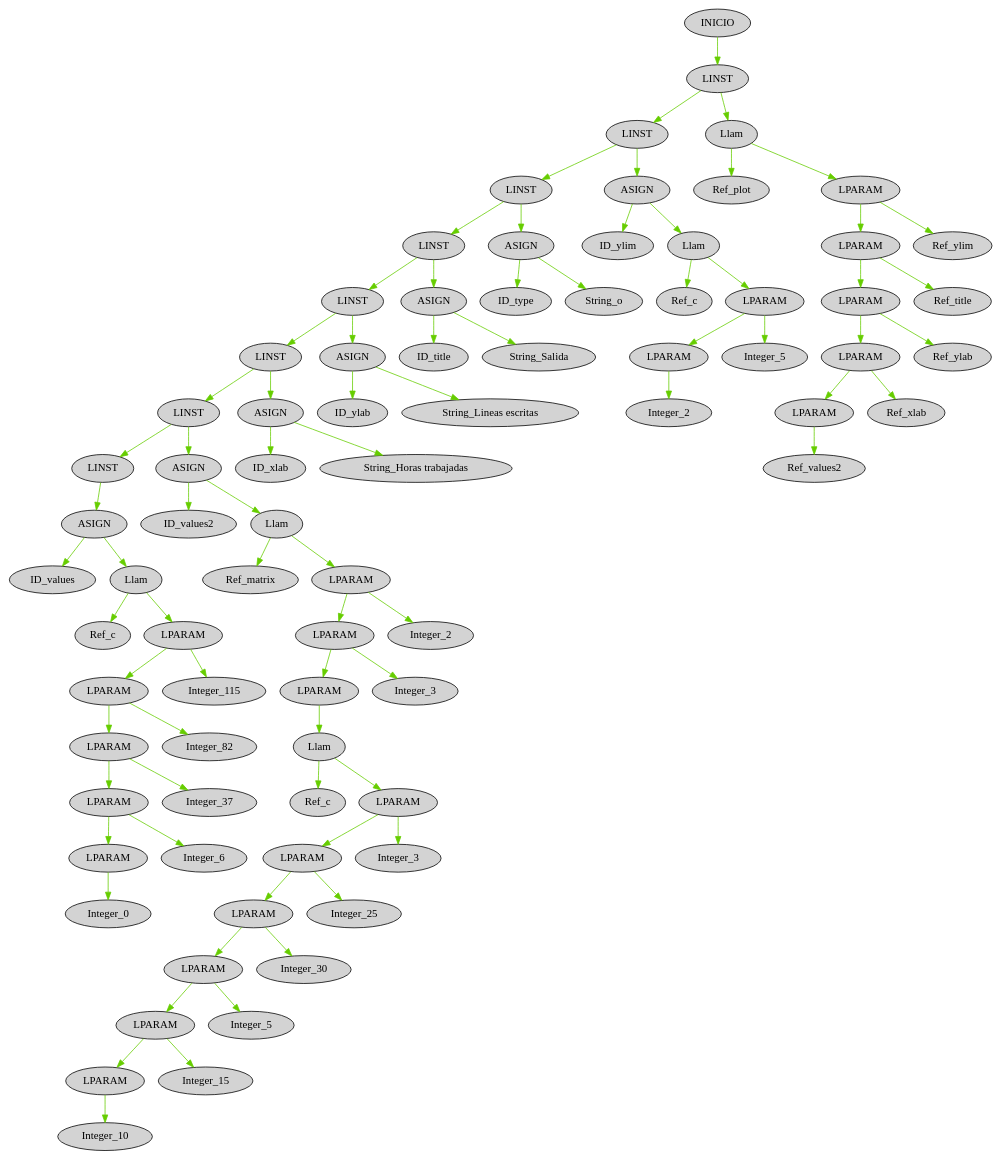
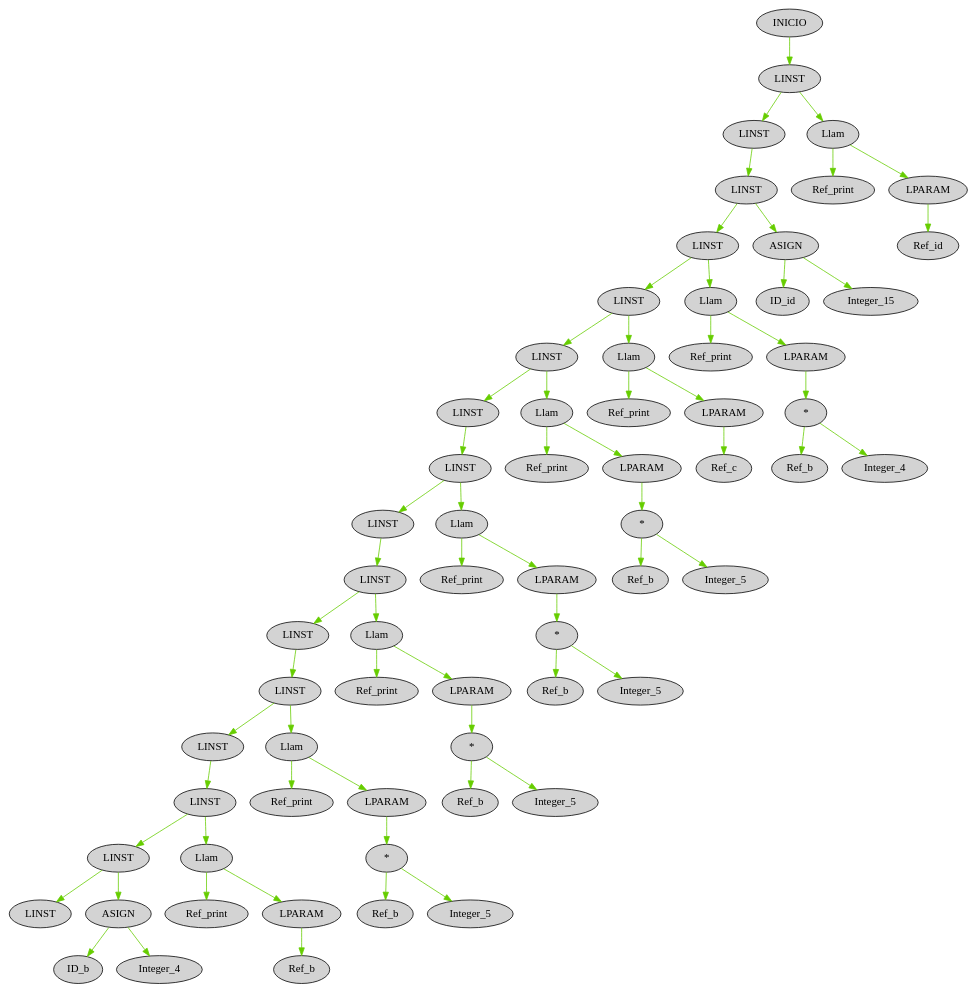
One commit to ElmerAlay/OLC21P2020 changed the diagram in OLC2P12020/AST_proyecto.dot. Above: the diagram before and after it, drawn with Graphviz. The commit also changed 84 other files, not shown here.

```diff
--- a/OLC2P12020/AST_proyecto.dot
+++ b/OLC2P12020/AST_proyecto.dot
@@ -1,235 +1,196 @@
 digraph G { node[shape=oval, style=filled, collor=coral]; edge[color=chartreuse3]; rankdir=UD 
 
-"155" [label="INICIO"]
-"154" [label="LINST"]
-"155" -> "154"
-"154" [label="LINST"]
-"141" [label="LINST"]
-"154" -> "141"
-"141" [label="LINST"]
-"132" [label="LINST"]
-"141" -> "132"
-"132" [label="LINST"]
-"128" [label="LINST"]
-"132" -> "128"
-"128" [label="LINST"]
-"124" [label="LINST"]
-"128" -> "124"
-"124" [label="LINST"]
-"120" [label="LINST"]
-"124" -> "120"
-"120" [label="LINST"]
-"116" [label="LINST"]
-"120" -> "116"
-"116" [label="LINST"]
-"92" [label="LINST"]
-"116" -> "92"
-"92" [label="LINST"]
-"91" [label="ASIGN"]
-"92" -> "91"
-"91" [label="ASIGN"]
-"90" [label="ID_values"]
-"91" -> "90"
-"91" [label="ASIGN"]
-"89" [label="Llam"]
-"91" -> "89"
-"89" [label="Llam"]
-"88" [label="Ref_c"]
-"89" -> "88"
-"89" [label="Llam"]
-"87" [label="LPARAM"]
-"89" -> "87"
-"87" [label="LPARAM"]
-"85" [label="LPARAM"]
-"87" -> "85"
-"85" [label="LPARAM"]
-"83" [label="LPARAM"]
-"85" -> "83"
-"83" [label="LPARAM"]
-"81" [label="LPARAM"]
-"83" -> "81"
-"81" [label="LPARAM"]
-"79" [label="LPARAM"]
-"81" -> "79"
-"79" [label="LPARAM"]
-"78" [label="Integer_0"]
-"79" -> "78"
-"81" [label="LPARAM"]
-"80" [label="Integer_6"]
-"81" -> "80"
-"83" [label="LPARAM"]
-"82" [label="Integer_37"]
-"83" -> "82"
-"85" [label="LPARAM"]
-"84" [label="Integer_82"]
-"85" -> "84"
-"87" [label="LPARAM"]
-"86" [label="Integer_115"]
-"87" -> "86"
-"116" [label="LINST"]
-"115" [label="ASIGN"]
-"116" -> "115"
-"115" [label="ASIGN"]
-"114" [label="ID_values2"]
-"115" -> "114"
-"115" [label="ASIGN"]
-"113" [label="Llam"]
-"115" -> "113"
-"113" [label="Llam"]
-"112" [label="Ref_matrix"]
-"113" -> "112"
-"113" [label="Llam"]
-"111" [label="LPARAM"]
-"113" -> "111"
-"111" [label="LPARAM"]
-"109" [label="LPARAM"]
-"111" -> "109"
-"109" [label="LPARAM"]
-"107" [label="LPARAM"]
-"109" -> "107"
-"107" [label="LPARAM"]
-"106" [label="Llam"]
-"107" -> "106"
-"106" [label="Llam"]
-"105" [label="Ref_c"]
-"106" -> "105"
-"106" [label="Llam"]
-"104" [label="LPARAM"]
-"106" -> "104"
-"104" [label="LPARAM"]
-"102" [label="LPARAM"]
-"104" -> "102"
-"102" [label="LPARAM"]
-"100" [label="LPARAM"]
-"102" -> "100"
-"100" [label="LPARAM"]
-"98" [label="LPARAM"]
-"100" -> "98"
-"98" [label="LPARAM"]
-"96" [label="LPARAM"]
-"98" -> "96"
-"96" [label="LPARAM"]
-"94" [label="LPARAM"]
-"96" -> "94"
-"94" [label="LPARAM"]
-"93" [label="Integer_10"]
-"94" -> "93"
-"96" [label="LPARAM"]
-"95" [label="Integer_15"]
-"96" -> "95"
-"98" [label="LPARAM"]
-"97" [label="Integer_5"]
-"98" -> "97"
-"100" [label="LPARAM"]
-"99" [label="Integer_30"]
-"100" -> "99"
-"102" [label="LPARAM"]
-"101" [label="Integer_25"]
-"102" -> "101"
-"104" [label="LPARAM"]
-"103" [label="Integer_3"]
-"104" -> "103"
-"109" [label="LPARAM"]
-"108" [label="Integer_3"]
-"109" -> "108"
-"111" [label="LPARAM"]
-"110" [label="Integer_2"]
-"111" -> "110"
-"120" [label="LINST"]
-"119" [label="ASIGN"]
-"120" -> "119"
-"119" [label="ASIGN"]
-"118" [label="ID_xlab"]
-"119" -> "118"
-"119" [label="ASIGN"]
-"117" [label="String_Horas trabajadas"]
-"119" -> "117"
-"124" [label="LINST"]
-"123" [label="ASIGN"]
-"124" -> "123"
-"123" [label="ASIGN"]
-"122" [label="ID_ylab"]
-"123" -> "122"
-"123" [label="ASIGN"]
-"121" [label="String_Lineas escritas"]
-"123" -> "121"
-"128" [label="LINST"]
-"127" [label="ASIGN"]
-"128" -> "127"
-"127" [label="ASIGN"]
-"126" [label="ID_title"]
-"127" -> "126"
-"127" [label="ASIGN"]
-"125" [label="String_Salida"]
-"127" -> "125"
-"132" [label="LINST"]
-"131" [label="ASIGN"]
-"132" -> "131"
-"131" [label="ASIGN"]
-"130" [label="ID_type"]
-"131" -> "130"
-"131" [label="ASIGN"]
-"129" [label="String_o"]
-"131" -> "129"
-"141" [label="LINST"]
-"140" [label="ASIGN"]
-"141" -> "140"
-"140" [label="ASIGN"]
-"139" [label="ID_ylim"]
-"140" -> "139"
-"140" [label="ASIGN"]
-"138" [label="Llam"]
-"140" -> "138"
-"138" [label="Llam"]
-"137" [label="Ref_c"]
-"138" -> "137"
-"138" [label="Llam"]
-"136" [label="LPARAM"]
-"138" -> "136"
-"136" [label="LPARAM"]
-"134" [label="LPARAM"]
-"136" -> "134"
-"134" [label="LPARAM"]
-"133" [label="Integer_2"]
-"134" -> "133"
-"136" [label="LPARAM"]
-"135" [label="Integer_5"]
-"136" -> "135"
-"154" [label="LINST"]
-"153" [label="Llam"]
-"154" -> "153"
-"153" [label="Llam"]
-"152" [label="Ref_plot"]
-"153" -> "152"
-"153" [label="Llam"]
-"151" [label="LPARAM"]
-"153" -> "151"
-"151" [label="LPARAM"]
-"149" [label="LPARAM"]
-"151" -> "149"
-"149" [label="LPARAM"]
-"147" [label="LPARAM"]
-"149" -> "147"
-"147" [label="LPARAM"]
-"145" [label="LPARAM"]
-"147" -> "145"
-"145" [label="LPARAM"]
-"143" [label="LPARAM"]
-"145" -> "143"
-"143" [label="LPARAM"]
-"142" [label="Ref_values2"]
-"143" -> "142"
-"145" [label="LPARAM"]
-"144" [label="Ref_xlab"]
-"145" -> "144"
-"147" [label="LPARAM"]
-"146" [label="Ref_ylab"]
-"147" -> "146"
-"149" [label="LPARAM"]
-"148" [label="Ref_title"]
-"149" -> "148"
-"151" [label="LPARAM"]
-"150" [label="Ref_ylim"]
-"151" -> "150"
+"4155" [label="INICIO"]
+"4154" [label="LINST"]
+"4155" -> "4154"
+"4154" [label="LINST"]
+"4149" [label="LINST"]
+"4154" -> "4149"
+"4149" [label="LINST"]
+"4147" [label="LINST"]
+"4149" -> "4147"
+"4147" [label="LINST"]
+"4143" [label="LINST"]
+"4147" -> "4143"
+"4143" [label="LINST"]
+"4136" [label="LINST"]
+"4143" -> "4136"
+"4136" [label="LINST"]
+"4131" [label="LINST"]
+"4136" -> "4131"
+"4131" [label="LINST"]
+"4124" [label="LINST"]
+"4131" -> "4124"
+"4124" [label="LINST"]
+"4122" [label="LINST"]
+"4124" -> "4122"
+"4122" [label="LINST"]
+"4115" [label="LINST"]
+"4122" -> "4115"
+"4115" [label="LINST"]
+"4113" [label="LINST"]
+"4115" -> "4113"
+"4113" [label="LINST"]
+"4106" [label="LINST"]
+"4113" -> "4106"
+"4106" [label="LINST"]
+"4104" [label="LINST"]
+"4106" -> "4104"
+"4104" [label="LINST"]
+"4097" [label="LINST"]
+"4104" -> "4097"
+"4097" [label="LINST"]
+"4095" [label="LINST"]
+"4097" -> "4095"
+"4095" [label="LINST"]
+"4090" [label="LINST"]
+"4095" -> "4090"
+"4090" [label="LINST"]
+"4086" [label="LINST"]
+"4090" -> "4086"
+"4090" [label="LINST"]
+"4089" [label="ASIGN"]
+"4090" -> "4089"
+"4089" [label="ASIGN"]
+"4088" [label="ID_b"]
+"4089" -> "4088"
+"4089" [label="ASIGN"]
+"4087" [label="Integer_4"]
+"4089" -> "4087"
+"4095" [label="LINST"]
+"4094" [label="Llam"]
+"4095" -> "4094"
+"4094" [label="Llam"]
+"4093" [label="Ref_print"]
+"4094" -> "4093"
+"4094" [label="Llam"]
+"4092" [label="LPARAM"]
+"4094" -> "4092"
+"4092" [label="LPARAM"]
+"4091" [label="Ref_b"]
+"4092" -> "4091"
+"4104" [label="LINST"]
+"4103" [label="Llam"]
+"4104" -> "4103"
+"4103" [label="Llam"]
+"4102" [label="Ref_print"]
+"4103" -> "4102"
+"4103" [label="Llam"]
+"4101" [label="LPARAM"]
+"4103" -> "4101"
+"4101" [label="LPARAM"]
+"4100" [label="*"]
+"4101" -> "4100"
+"4100" [label="*"]
+"4098" [label="Ref_b"]
+"4100" -> "4098"
+"4100" [label="*"]
+"4099" [label="Integer_5"]
+"4100" -> "4099"
+"4113" [label="LINST"]
+"4112" [label="Llam"]
+"4113" -> "4112"
+"4112" [label="Llam"]
+"4111" [label="Ref_print"]
+"4112" -> "4111"
+"4112" [label="Llam"]
+"4110" [label="LPARAM"]
+"4112" -> "4110"
+"4110" [label="LPARAM"]
+"4109" [label="*"]
+"4110" -> "4109"
+"4109" [label="*"]
+"4107" [label="Ref_b"]
+"4109" -> "4107"
+"4109" [label="*"]
+"4108" [label="Integer_5"]
+"4109" -> "4108"
+"4122" [label="LINST"]
+"4121" [label="Llam"]
+"4122" -> "4121"
+"4121" [label="Llam"]
+"4120" [label="Ref_print"]
+"4121" -> "4120"
+"4121" [label="Llam"]
+"4119" [label="LPARAM"]
+"4121" -> "4119"
+"4119" [label="LPARAM"]
+"4118" [label="*"]
+"4119" -> "4118"
+"4118" [label="*"]
+"4116" [label="Ref_b"]
+"4118" -> "4116"
+"4118" [label="*"]
+"4117" [label="Integer_5"]
+"4118" -> "4117"
+"4131" [label="LINST"]
+"4130" [label="Llam"]
+"4131" -> "4130"
+"4130" [label="Llam"]
+"4129" [label="Ref_print"]
+"4130" -> "4129"
+"4130" [label="Llam"]
+"4128" [label="LPARAM"]
+"4130" -> "4128"
+"4128" [label="LPARAM"]
+"4127" [label="*"]
+"4128" -> "4127"
+"4127" [label="*"]
+"4125" [label="Ref_b"]
+"4127" -> "4125"
+"4127" [label="*"]
+"4126" [label="Integer_5"]
+"4127" -> "4126"
+"4136" [label="LINST"]
+"4135" [label="Llam"]
+"4136" -> "4135"
+"4135" [label="Llam"]
+"4134" [label="Ref_print"]
+"4135" -> "4134"
+"4135" [label="Llam"]
+"4133" [label="LPARAM"]
+"4135" -> "4133"
+"4133" [label="LPARAM"]
+"4132" [label="Ref_c"]
+"4133" -> "4132"
+"4143" [label="LINST"]
+"4142" [label="Llam"]
+"4143" -> "4142"
+"4142" [label="Llam"]
+"4141" [label="Ref_print"]
+"4142" -> "4141"
+"4142" [label="Llam"]
+"4140" [label="LPARAM"]
+"4142" -> "4140"
+"4140" [label="LPARAM"]
+"4139" [label="*"]
+"4140" -> "4139"
+"4139" [label="*"]
+"4137" [label="Ref_b"]
+"4139" -> "4137"
+"4139" [label="*"]
+"4138" [label="Integer_4"]
+"4139" -> "4138"
+"4147" [label="LINST"]
+"4146" [label="ASIGN"]
+"4147" -> "4146"
+"4146" [label="ASIGN"]
+"4145" [label="ID_id"]
+"4146" -> "4145"
+"4146" [label="ASIGN"]
+"4144" [label="Integer_15"]
+"4146" -> "4144"
+"4154" [label="LINST"]
+"4153" [label="Llam"]
+"4154" -> "4153"
+"4153" [label="Llam"]
+"4152" [label="Ref_print"]
+"4153" -> "4152"
+"4153" [label="Llam"]
+"4151" [label="LPARAM"]
+"4153" -> "4151"
+"4151" [label="LPARAM"]
+"4150" [label="Ref_id"]
+"4151" -> "4150"
 
 }
```
